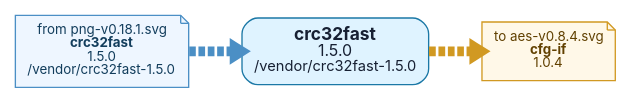
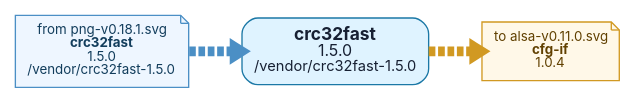
Before and after one commit to t4ce/TRUEOS: the diagram in tools/depgraph/by-root/crc32fast-v1.5.0.dot, drawn with Graphviz. The commit also changed 64 other files, not shown here.

```diff
--- a/tools/depgraph/by-root/crc32fast-v1.5.0.dot
+++ b/tools/depgraph/by-root/crc32fast-v1.5.0.dot
@@ -1,13 +1,13 @@
 digraph "crc32fast-v1.5.0" {
   graph [rankdir=LR, bgcolor="white", overlap=false, splines=true, nodesep=0.35, ranksep=0.55];
   node [shape=box, style="rounded,filled", fontname="Inter,Arial", fontsize=10, margin="0.13,0.10", color="#8b9bb0", fillcolor="#f7f9fb", fontcolor="#172033"];
   edge [color="#9aa8b8", arrowsize=0.55, penwidth=7.2];
   n0 [label=<<FONT POINT-SIZE="13"><B>crc32fast</B></FONT><BR/><FONT POINT-SIZE="12">1.5.0</FONT><BR/><FONT POINT-SIZE="11">/vendor/crc32fast-1.5.0</FONT>>, fillcolor="#dff3ff", color="#1b78a6"];
-  out0 [label=<to aes-v0.8.4.svg<BR/><B>cfg-if</B><BR/>1.0.4>, shape=note, style="filled", fillcolor="#fff8e8", color="#d19922", fontcolor="#614000"];
+  out0 [label=<to alsa-v0.11.0.svg<BR/><B>cfg-if</B><BR/>1.0.4>, shape=note, style="filled", fillcolor="#fff8e8", color="#d19922", fontcolor="#614000"];
   n0 -> out0 [style=dashed, color="#d19922"];
   in1 [label=<from png-v0.18.1.svg<BR/><B>crc32fast</B><BR/>1.5.0<BR/>/vendor/crc32fast-1.5.0>, shape=note, style="filled", fillcolor="#eef6ff", color="#4b8fc5", fontcolor="#123d5c"];
   in1 -> n0 [style=dashed, color="#4b8fc5"];
   // collapsed leaf ends: 0
   // centered two-input leaves: 0
   // nested two-input leaves: 0
 }
```
